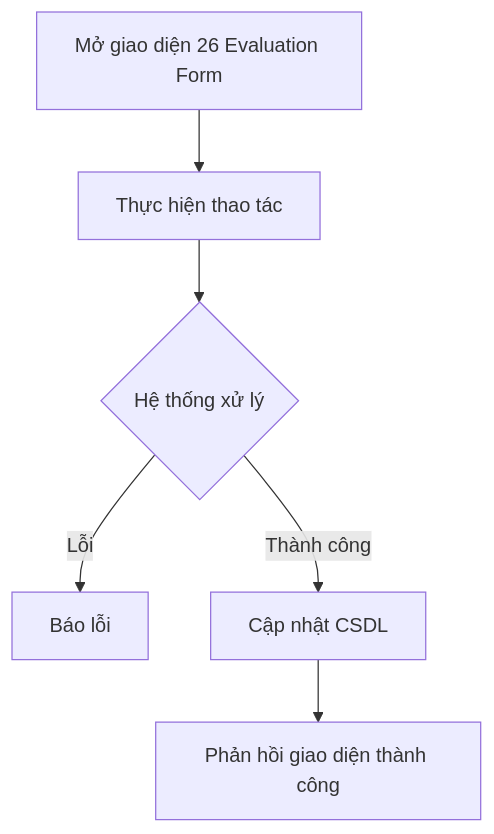
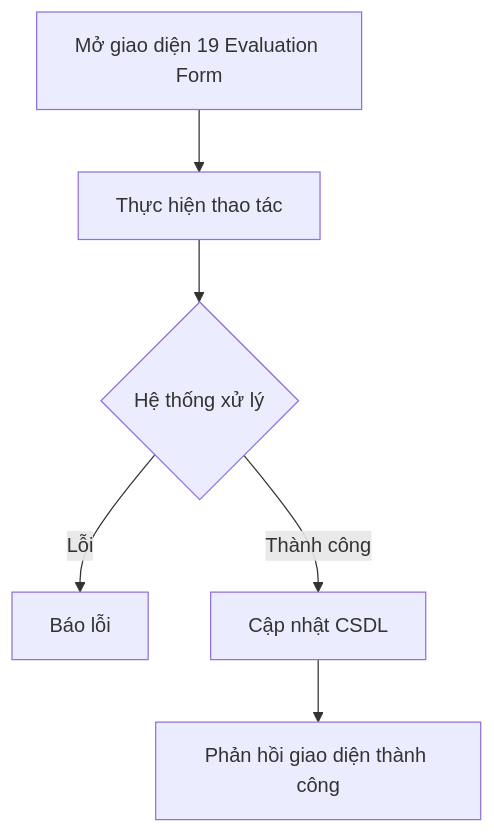
Before and after one commit to VanHaPtit/EasyTech_FE: the diagram in nghiep_vu/epic-04_Pipeline_Automation/user-story-19_Evaluation_Form/user-story.md, drawn with Mermaid. The commit also changed other lines of this file and 31 other files, not shown here.

````diff
--- a/nghiep_vu/epic-04_Pipeline_Automation/user-story-19_Evaluation_Form/user-story.md
+++ b/nghiep_vu/epic-04_Pipeline_Automation/user-story-19_Evaluation_Form/user-story.md
@@ -12,8 +12,8 @@
 ```mermaid
 graph TD
-    A[Mở giao diện 26 Evaluation Form] --> B[Thực hiện thao tác]
+    A[Mở giao diện 19 Evaluation Form] --> B[Thực hiện thao tác]
     B --> C{Hệ thống xử lý}
     C -- Lỗi --> D[Báo lỗi]
     C -- Thành công --> E[Cập nhật CSDL]
     E --> F[Phản hồi giao diện thành công]
 ```
````
